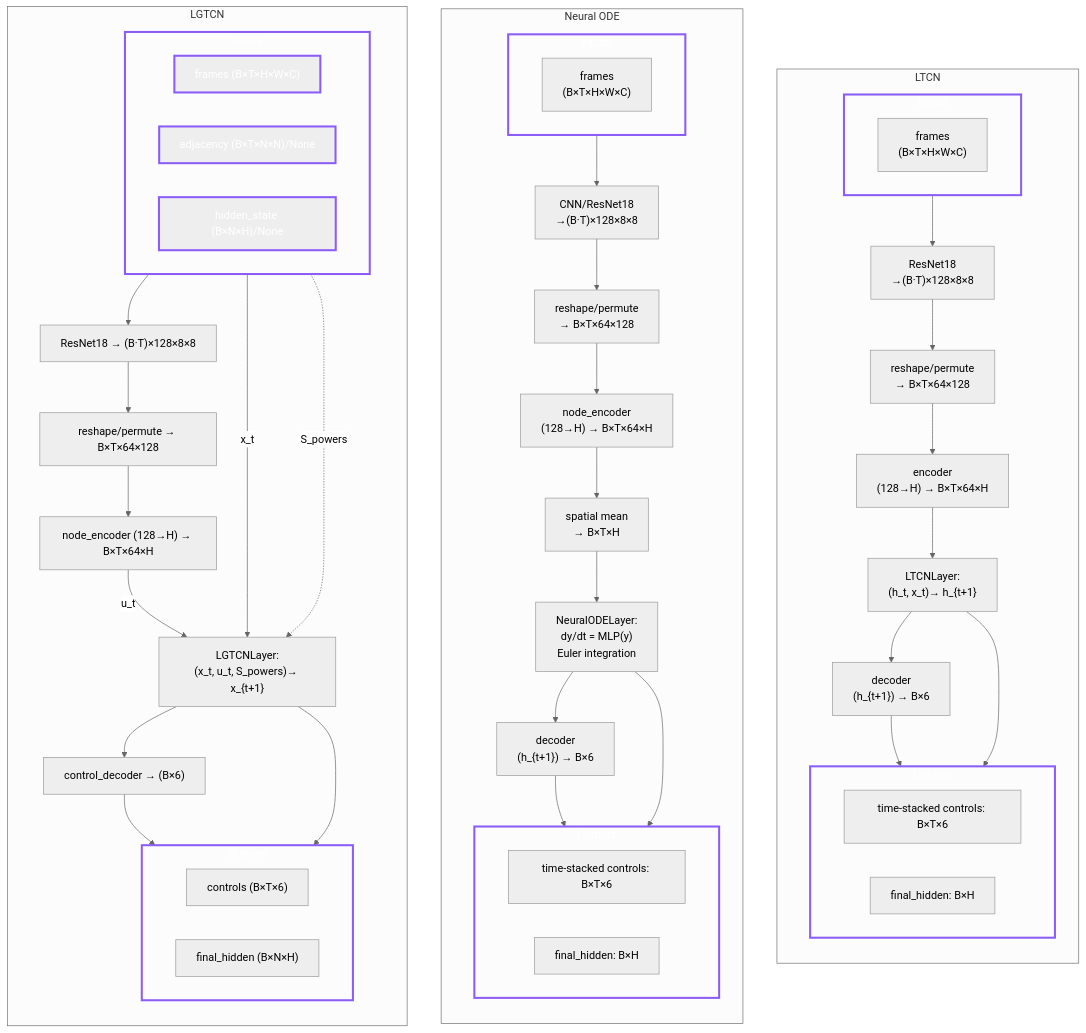
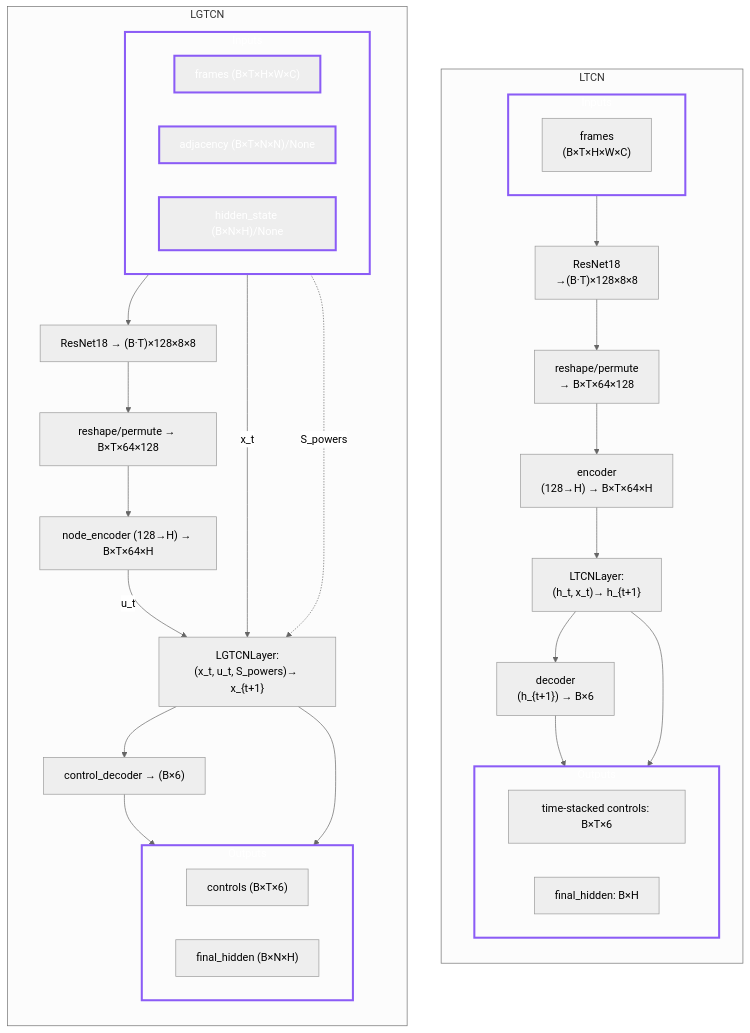
Before and after one commit to satra-11/liquid-graph-time-constant-network: the first of 2 diagrams in README.md, drawn with Mermaid (neutral theme). The commit also changed other lines of this file and 12 other files, not shown here.

Commit message:
refactor: Remove NeuralODE model and associated layers and controllers from the project.

```diff
--- a/README.md
+++ b/README.md
@@ -198,29 +198,7 @@
     end
   end
 
-  %% ===== Center: Neural ODE =====
-  subgraph N["Neural ODE"]
-    direction TB
-    NA["frames <br> (B×T×H×W×C)"]
-      --> NB["CNN/ResNet18<br>→(B·T)×128×8×8"]
-      --> NC["reshape/permute <br>→ B×T×64×128"]
-      --> ND["node_encoder <br>(128→H) → B×T×64×H"]
-      --> NE["spatial mean <br>→ B×T×H"]
-      --> NF["NeuralODELayer:<br>dy/dt = MLP(y) <br> Euler integration"]
-      --> NG["decoder<br>(h_{t+1}) → B×6"]
-    NG --> NH["time-stacked controls: B×T×6"]
-    NF --> NI["final_hidden: B×H"]
 
-    subgraph N_IN["Inputs"]
-      direction LR
-      NA
-    end
-    subgraph N_OUT["Outputs"]
-      direction LR
-      NH
-      NI
-    end
-  end
 
   %% ===== Right: LGTCN =====
   subgraph R["LGTCN"]
```
